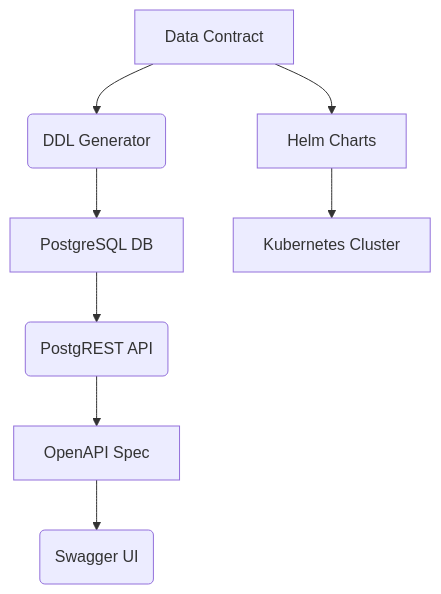
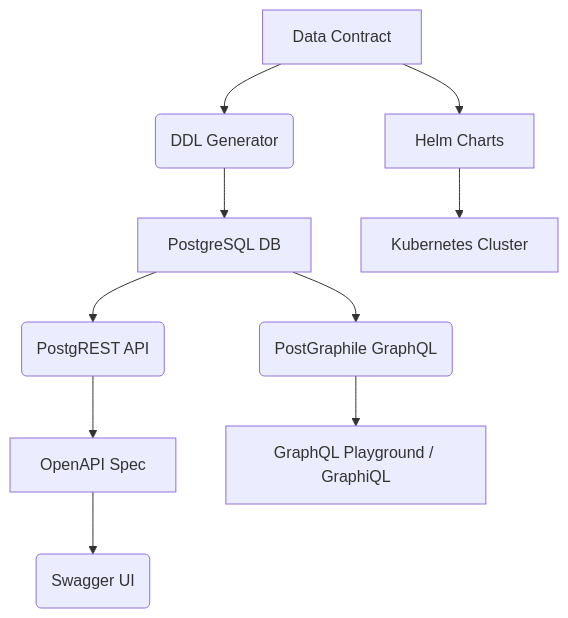
One commit to kad-bloemgx/odcs changed the first of 2 diagrams in architecture.md. Above: the diagram before and after it, drawn with Mermaid. The commit also changed other lines of this file and 4 other files, not shown here.

````diff
--- a/architecture.md
+++ b/architecture.md
@@ -43,10 +49,12 @@
 ```mermaid
 graph TD
    A[Data Contract] --> B(DDL Generator)
    B --> C[PostgreSQL DB]
    C --> D(PostgREST API)
+   C --> I(PostGraphile GraphQL)
    D --> E[OpenAPI Spec]
    E --> F(Swagger UI)
+   I --> J[GraphQL Playground / GraphiQL]
    A --> G[Helm Charts]
    G --> H[Kubernetes Cluster]
 ```
````
